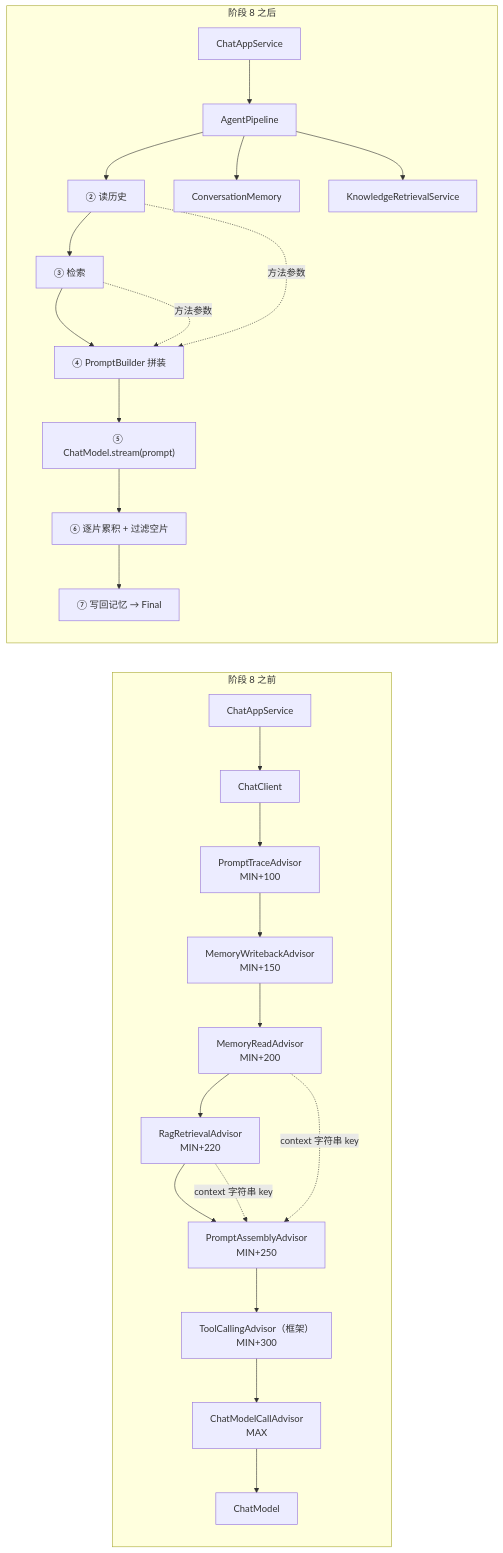
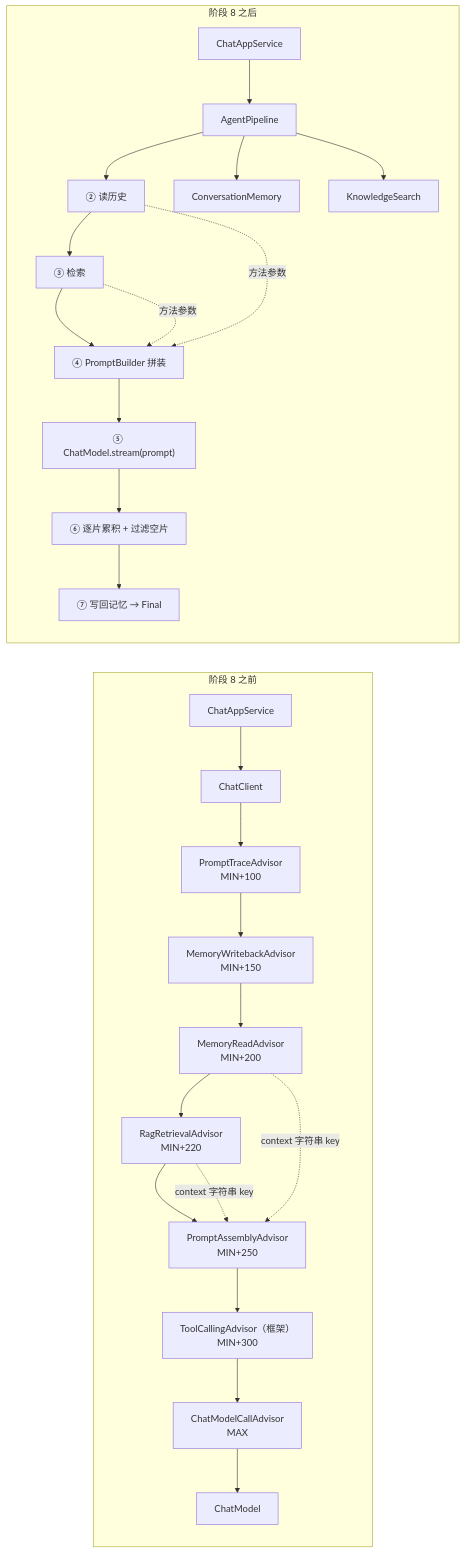
One commit to 746329026/Hagent changed diagram 14 of 27 in docs/PROCEDURES.md. Above: the diagram before and after it, drawn with Mermaid. The commit also changed other lines of this file and 89 other files, not shown here.

````diff
--- a/docs/PROCEDURES.md
+++ b/docs/PROCEDURES.md
@@ -2688,29 +2692,29 @@
 ```mermaid
 flowchart LR
     subgraph before["阶段 8 之前"]
         A1["ChatAppService"] --> A2["ChatClient"]
         A2 --> A3["PromptTraceAdvisor<br/>MIN+100"]
         A3 --> A4["MemoryWritebackAdvisor<br/>MIN+150"]
         A4 --> A5["MemoryReadAdvisor<br/>MIN+200"]
         A5 --> A6["RagRetrievalAdvisor<br/>MIN+220"]
         A6 --> A7["PromptAssemblyAdvisor<br/>MIN+250"]
         A7 --> A8["ToolCallingAdvisor（框架）<br/>MIN+300"]
         A8 --> A9["ChatModelCallAdvisor<br/>MAX"]
         A9 --> A10["ChatModel"]
         A5 -. "context 字符串 key" .-> A7
         A6 -. "context 字符串 key" .-> A7
     end
     subgraph after["阶段 8 之后"]
         B1["ChatAppService"] --> B2["AgentPipeline"]
         B2 --> B3["② 读历史"]
         B3 --> B4["③ 检索"]
         B4 --> B5["④ PromptBuilder 拼装"]
         B5 --> B6["⑤ ChatModel.stream(prompt)"]
         B6 --> B7["⑥ 逐片累积 + 过滤空片"]
         B7 --> B8["⑦ 写回记忆 → Final"]
         B2 --> B9["ConversationMemory"]
-        B2 --> B10["KnowledgeRetrievalService"]
+        B2 --> B10["KnowledgeSearch"]
         B3 -. "方法参数" .-> B5
         B4 -. "方法参数" .-> B5
     end
 ```
````
